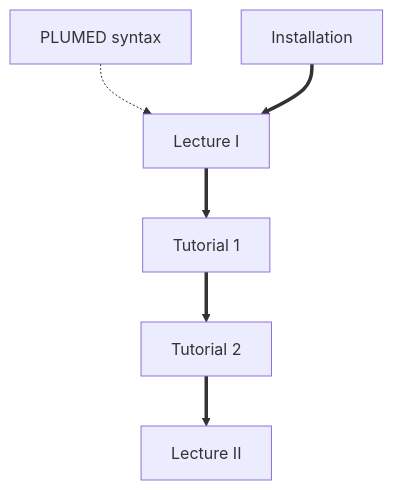
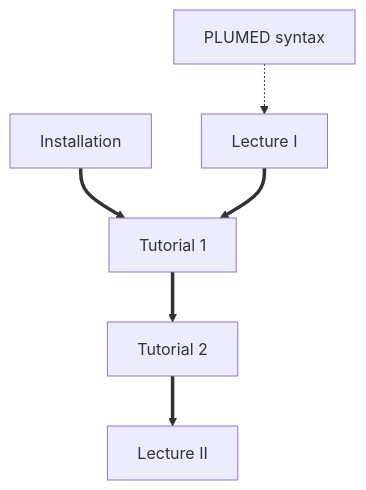
The diagram in NAVIGATION.md (maxbonomi/EMMIVox-Plumed-Tutorials), drawn with Mermaid before and after one commit.

Commit message:
modified chart

````diff
--- a/NAVIGATION.md
+++ b/NAVIGATION.md
@@ -53,14 +53,14 @@
 ```mermaid
 flowchart TB;
   A[PLUMED syntax] -.-> C[Lecture I] 
-  B[Installation] ==> C[Lecture I]
+  B[Installation] ==> D[Tutorial 1]
   C ==> D[Tutorial 1];
   D ==> E[Tutorial 2];
   E ==> F[Lecture II];
   click A "ref1" "This lesson teaches you the basic features of the PLUMED input syntax with a particular focus on PBCs and selection tools";
   click B "install.md" "Installation instructions";
   click C "video1" "A lecture that was given on November 28th 2022 as part of the PLUMED masterclass series that introduces you to the exercises in this lesson";
   click D "01.md" "First tutorial to perform single-structure refinement with EMMIVox";
   click E "02.md" "Second tutorial to perform ensemble refinement with EMMIVox";
   click F "video2" "A lecture that was given on December 5th 2022 as part of the PLUMED masterclass series that goes through the solutions to the exercises in the lesson";
 ```
````
